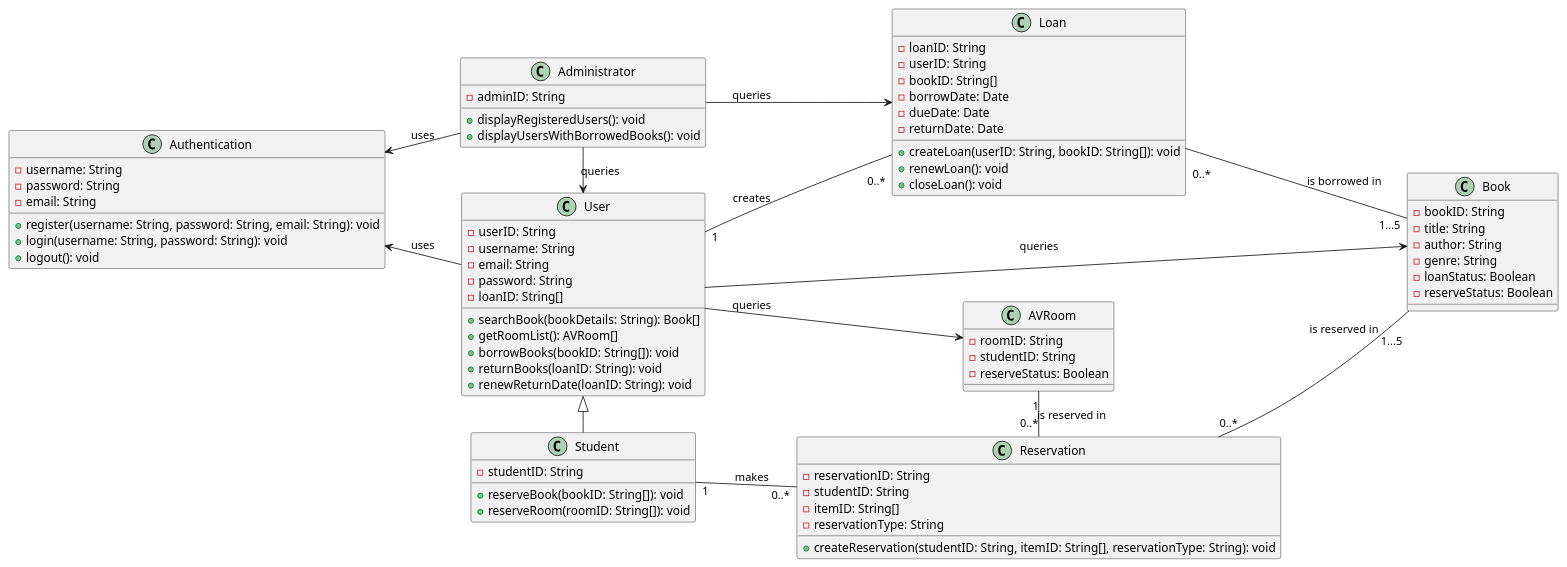
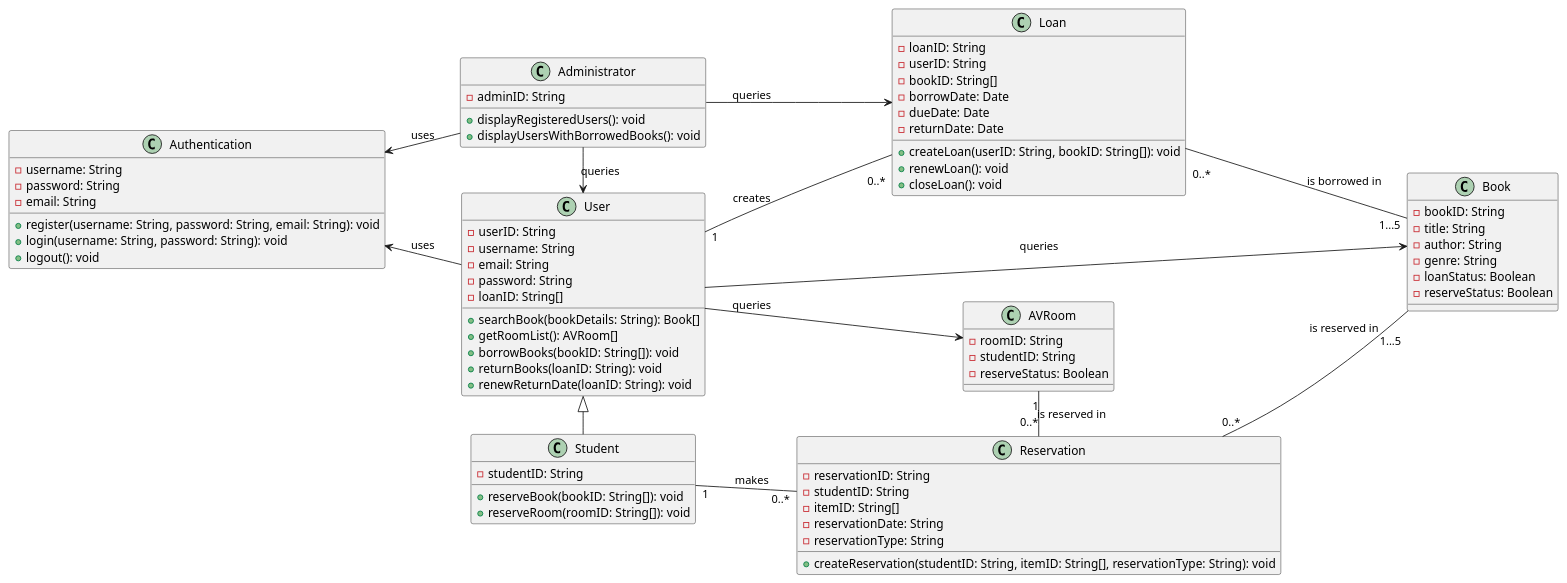
The diagram in src/class.puml (zuzu2307/Final_UML), drawn with PlantUML before and after one commit. The commit also changed 1 other file, not shown here.

Commit message:
fix reserve Date

```diff
--- a/src/class.puml
+++ b/src/class.puml
@@ -1,86 +1,87 @@
 @startuml
 left to right direction
 
 class Authentication{
     -username: String
     -password: String
     -email: String
     +register(username: String, password: String, email: String): void
     +login(username: String, password: String): void
     +logout(): void
 }
 
 class User {
     -userID: String
     -username: String
     -email: String
     -password: String
     -loanID: String[]
     +searchBook(bookDetails: String): Book[]
     +getRoomList(): AVRoom[]
     +borrowBooks(bookID: String[]): void
     +returnBooks(loanID: String): void
     +renewReturnDate(loanID: String): void
 }
 
 class Student {
     -studentID: String
     +reserveBook(bookID: String[]): void
     +reserveRoom(roomID: String[]): void
 }
 
 class Book {
     -bookID: String
     -title: String
     -author: String
     -genre: String
     -loanStatus: Boolean
     -reserveStatus: Boolean
 }
 
 class Loan {
     -loanID: String
     -userID: String
     -bookID: String[]
     -borrowDate: Date
     -dueDate: Date
     -returnDate: Date
     +createLoan(userID: String, bookID: String[]): void
     +renewLoan(): void
     +closeLoan(): void
 }
 
 class Administrator {
     -adminID: String
     +displayRegisteredUsers(): void
     +displayUsersWithBorrowedBooks(): void
 }
 
 class Reservation {
     -reservationID: String
     -studentID: String
     -itemID: String[]
+    -reservationDate: String
     -reservationType: String
     +createReservation(studentID: String, itemID: String[], reservationType: String): void
 }
 
 
 class AVRoom {
     -roomID: String
     -studentID: String
     -reserveStatus: Boolean
 }
 
 User -up-> Authentication: uses
 User ---> Book: queries
 User --> AVRoom: queries
 User <|-right- Student
 User "1" -- "\n0..*" Loan: creates
 Student "1" -- "0..*" Reservation: makes
 AVRoom "1" -right- "0..*" Reservation: "                              is reserved in"
 Book "1...5" -up- "\n0..*" Loan: is borrowed in
 Book "\n1...5" -up- "0..*" Reservation: is reserved in
 Administrator -right-> User: "                   queries"
 Administrator -up-> Authentication: uses
 Administrator --> Loan : queries
 @enduml
```
